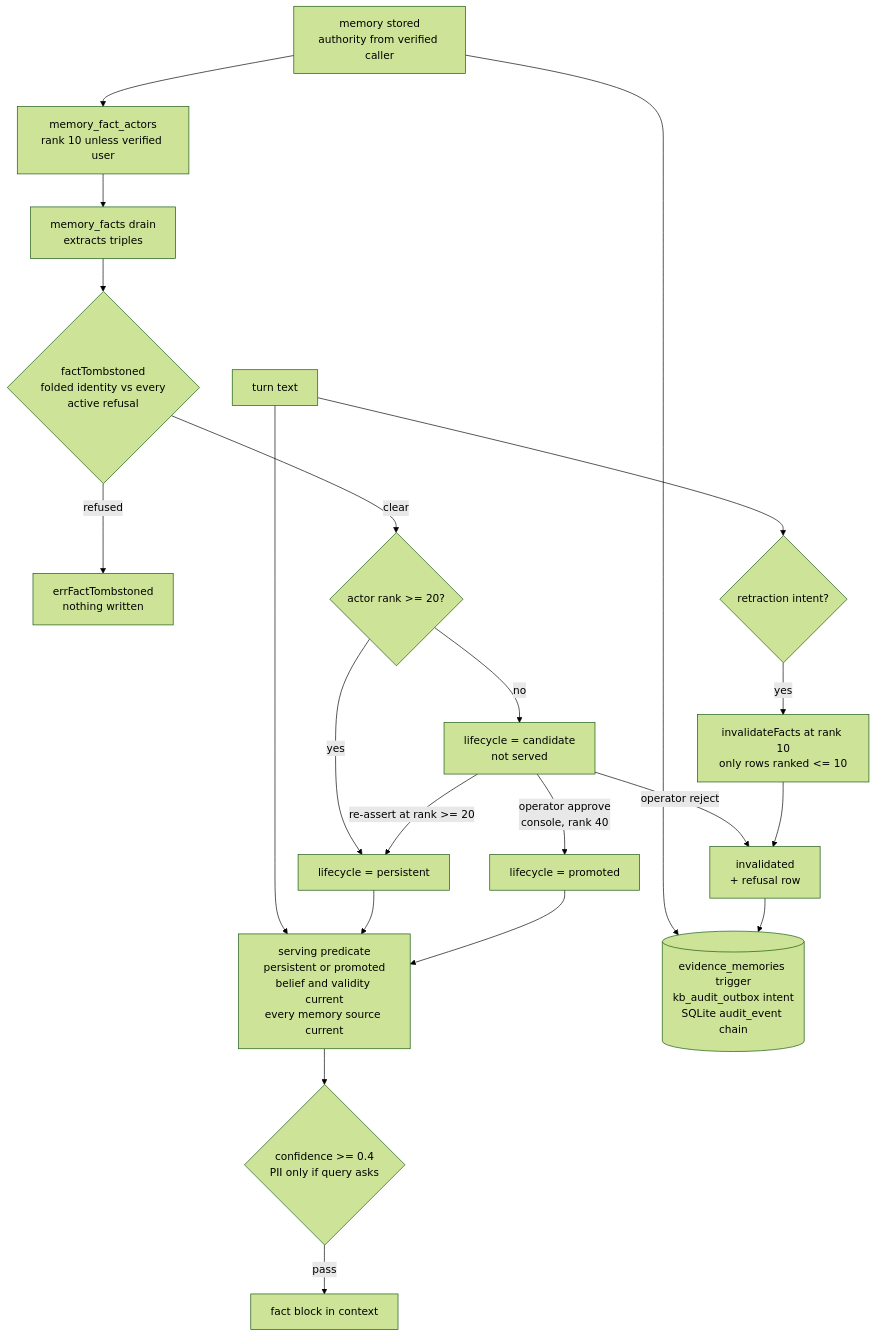
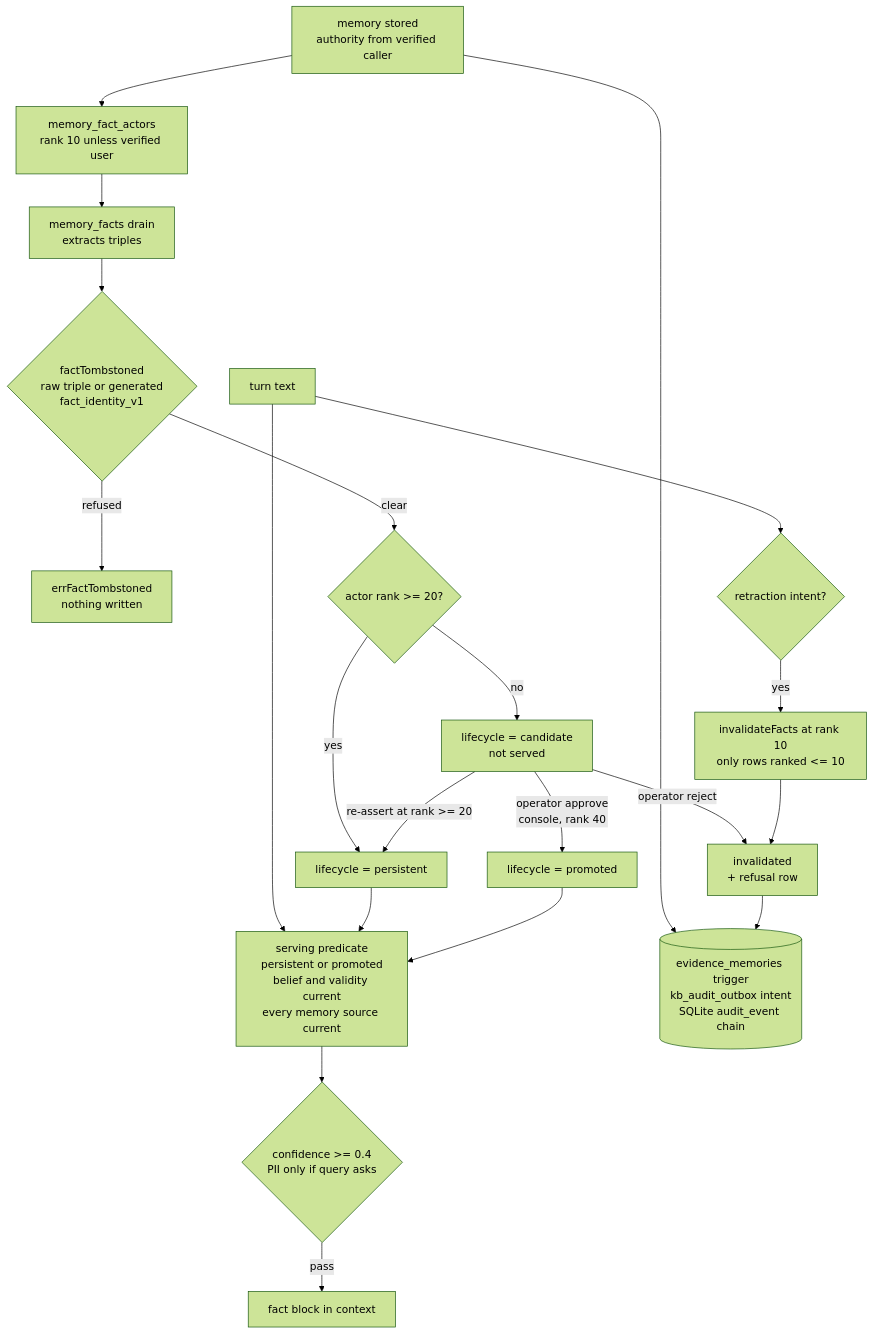
One commit to neoneye/agent-memory-atlas changed the diagram in content/systems/aimee.md. Above: the diagram before and after it, drawn with Mermaid (forest theme). The commit also changed other lines of this file and 12 other files, not shown here.

````diff
--- a/content/systems/aimee.md
+++ b/content/systems/aimee.md
@@ -79,26 +81,26 @@
 ```mermaid
 flowchart TD
 %% caption: authority decides whether a fact is served — a model-authored fact waits as a candidate that only an operator verb or a higher rank clears, every writer consults the value-keyed refusal first, and every memory mutation reaches the WORM chain in its own transaction
     STORE["memory stored<br/>authority from verified caller"] --> ACT["memory_fact_actors<br/>rank 10 unless verified user"]
     ACT --> DRAIN["memory_facts drain<br/>extracts triples"]
-    DRAIN --> TOMB{"factTombstoned<br/>folded identity vs every<br/>active refusal"}
+    DRAIN --> TOMB{"factTombstoned<br/>raw triple or generated<br/>fact_identity_v1"}
     TOMB -->|"refused"| STOP["errFactTombstoned<br/>nothing written"]
     TOMB -->|"clear"| RANK{"actor rank >= 20?"}
     RANK -->|"no"| CAND["lifecycle = candidate<br/>not served"]
     RANK -->|"yes"| PERS["lifecycle = persistent"]
     CAND -->|"operator approve<br/>console, rank 40"| PROM["lifecycle = promoted"]
     CAND -->|"operator reject"| INV["invalidated<br/>+ refusal row"]
     CAND -->|"re-assert at rank >= 20"| PERS
 
     TURN["turn text"] --> RETR{"retraction intent?"}
     RETR -->|"yes"| CAP["invalidateFacts at rank 10<br/>only rows ranked <= 10"]
     CAP --> INV
     TURN --> SERVE["serving predicate<br/>persistent or promoted<br/>belief and validity current<br/>every memory source current"]
     PERS --> SERVE
     PROM --> SERVE
     SERVE --> GATE{"confidence >= 0.4<br/>PII only if query asks"}
     GATE -->|"pass"| BLOCK["fact block in context"]
 
     STORE --> WORM[("evidence_memories trigger<br/>kb_audit_outbox intent<br/>SQLite audit_event chain")]
     INV --> WORM
 ```
````
